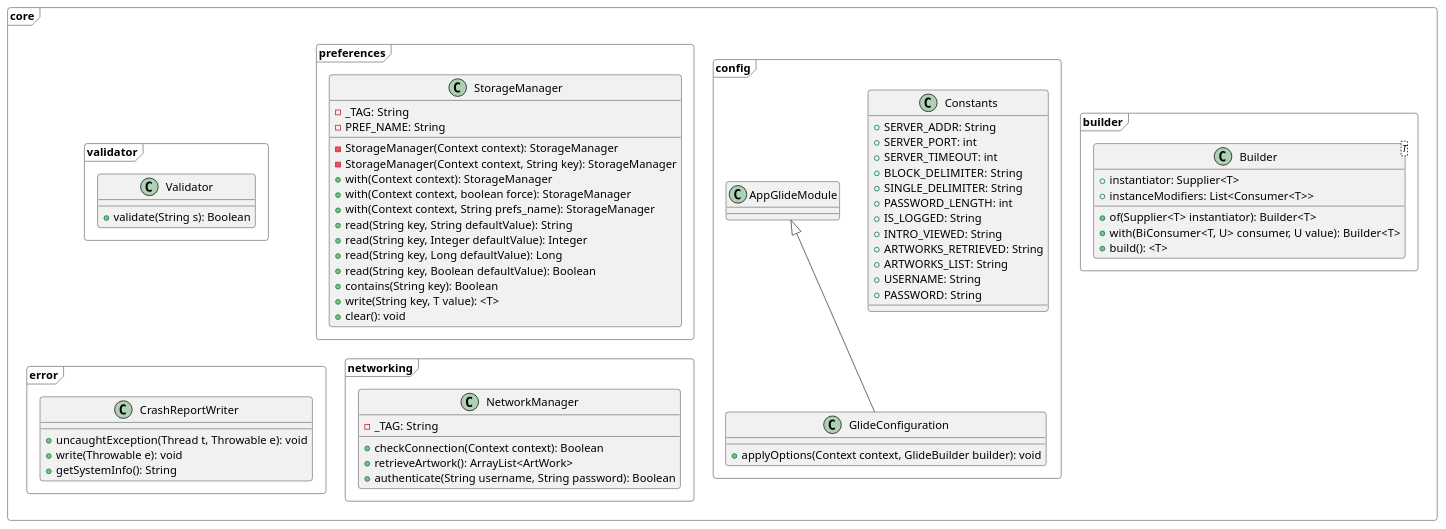
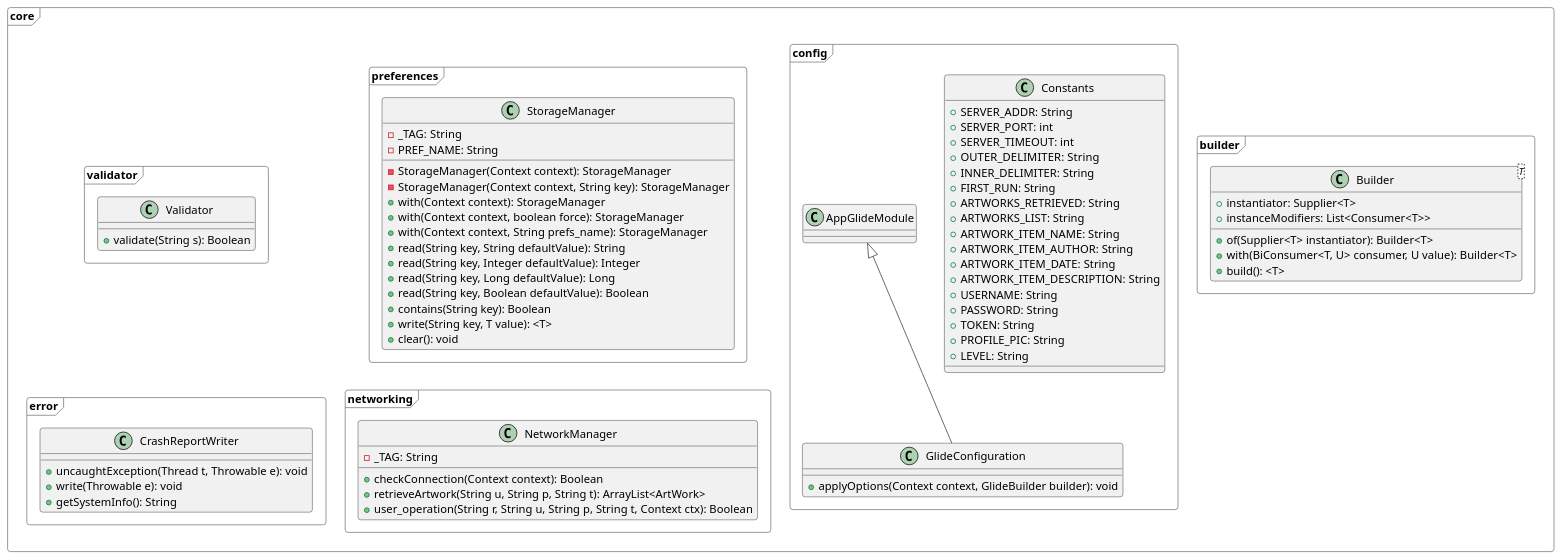
The first of 3 diagrams in documentation/doc/diagrams/class_diagram.plantuml (luftmensch-luftmensch/InfoPoint), drawn with PlantUML before and after one commit. The commit also changed other lines of this file and 7 other files, not shown here.

```diff
--- a/documentation/doc/diagrams/class_diagram.plantuml
+++ b/documentation/doc/diagrams/class_diagram.plantuml
@@ -4,95 +4,100 @@
 @startuml core
 !theme vibrant
 
 ' -----------------------------------------------------
 skinparam defaultTextAlignment center
 skinparam FrameBackgroundColor white
 skinparam FrameBorderColor gray
 ' -----------------------------------------------------
 ' left to right direction
 
 frame core {
   frame builder {
     class Builder<T> {
       + {field} instantiator: Supplier<T>
       + {field} instanceModifiers: List<Consumer<T>>
       + {method} of(Supplier<T> instantiator): Builder<T>
       + {method} with(BiConsumer<T, U> consumer, U value): Builder<T>
       + {method} build(): <T>
     }
   }
 
   frame config {
     class Constants {
       + {field} SERVER_ADDR: String
       + {field} SERVER_PORT: int
       + {field} SERVER_TIMEOUT: int
-      + {field} BLOCK_DELIMITER:  String
-      + {field} SINGLE_DELIMITER: String
-      + {field} PASSWORD_LENGTH: int
-      + {field} IS_LOGGED: String
-      + {field} INTRO_VIEWED: String
+      + {field} OUTER_DELIMITER:  String
+      + {field} INNER_DELIMITER: String
+      + {field} FIRST_RUN: String
       + {field} ARTWORKS_RETRIEVED: String
       + {field} ARTWORKS_LIST: String
+      + {field} ARTWORK_ITEM_NAME: String
+      + {field} ARTWORK_ITEM_AUTHOR: String
+      + {field} ARTWORK_ITEM_DATE: String
+      + {field} ARTWORK_ITEM_DESCRIPTION: String
       + {field} USERNAME: String
       + {field} PASSWORD: String
+      + {field} TOKEN: String
+      + {field} PROFILE_PIC: String
+      + {field} LEVEL: String
     }
 
     class GlideConfiguration extends AppGlideModule {
       + {method} applyOptions(Context context, GlideBuilder builder): void
     }
   }
 
   frame error {
     class CrashReportWriter {
       + {method} uncaughtException(Thread t, Throwable e): void
       + {method} write(Throwable e): void
       + {method} getSystemInfo(): String
     }
   }
 
   frame networking {
     class NetworkManager {
       - {field} _TAG: String
       + {method} checkConnection(Context context): Boolean
-      + {method} retrieveArtwork(): ArrayList<ArtWork>
-      + {method} authenticate(String username, String password): Boolean
+      + {method} retrieveArtwork(String u, String p, String t): ArrayList<ArtWork>
+      + {method} user_operation(String r, String u, String p, String t, Context ctx): Boolean
     }
   }
 
   frame preferences {
     class StorageManager {
 	- {field} _TAG: String
 	- {field} PREF_NAME: String
 	- {method} StorageManager(Context context): StorageManager
 	- {method} StorageManager(Context context, String key): StorageManager
 	+ {method} with(Context context): StorageManager
 	+ {method} with(Context context, boolean force): StorageManager
 	+ {method} with(Context context, String prefs_name): StorageManager
 	+ {method} read(String key, String defaultValue): String
 	+ {method} read(String key, Integer defaultValue): Integer
 	+ {method} read(String key, Long defaultValue): Long
 	+ {method} read(String key, Boolean defaultValue): Boolean
 	+ {method} contains(String key): Boolean
 	+ {method} write(String key, T value): <T>
 	+ {method} clear(): void
     }
   }
 
   frame validator {
     class Validator {
-      + validate(String s): Boolean
+      + {method} validate(String s): Boolean
     }
   }
 
 
  '' Positioning
  StorageManager -d[hidden]-> NetworkManager
  NetworkManager -u[hidden]-> StorageManager
 
  Validator -d[hidden]-> CrashReportWriter
  CrashReportWriter -u[hidden]-> Validator
 }
 hide AppGlideModule
 
 @enduml												
```
